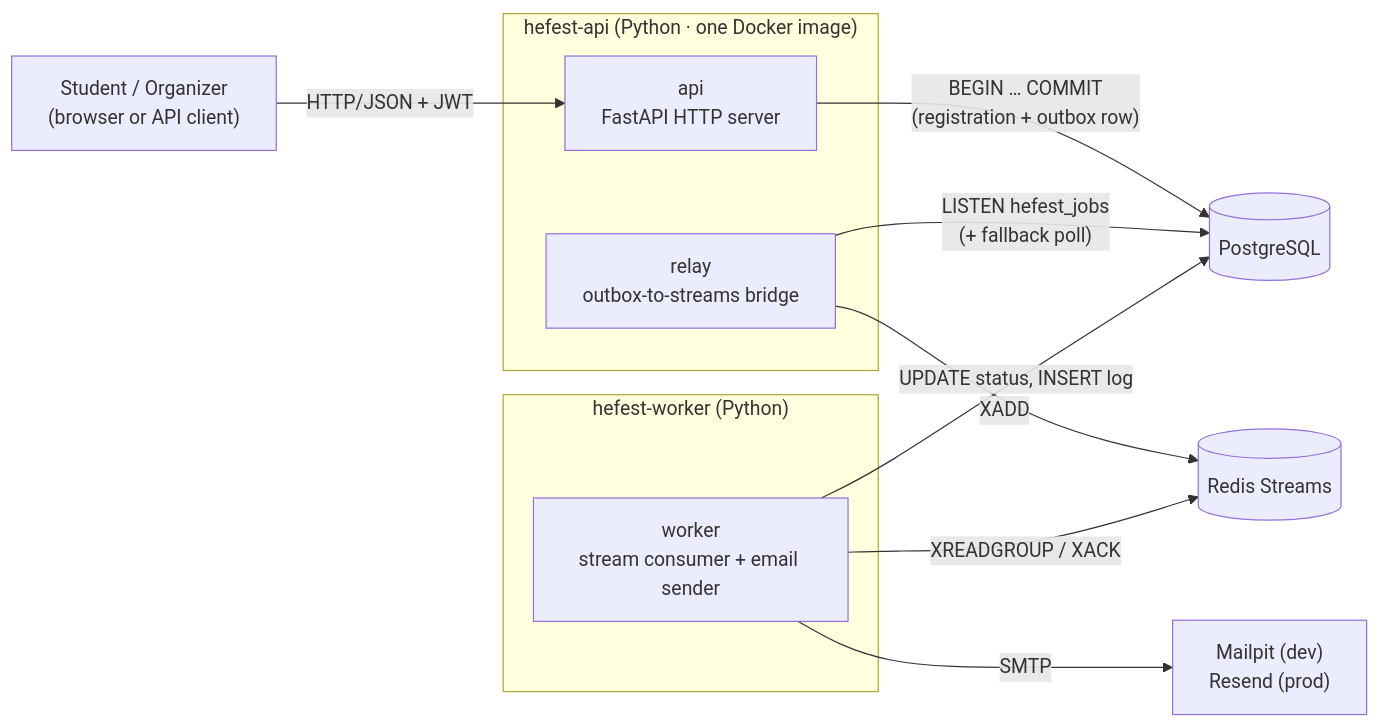
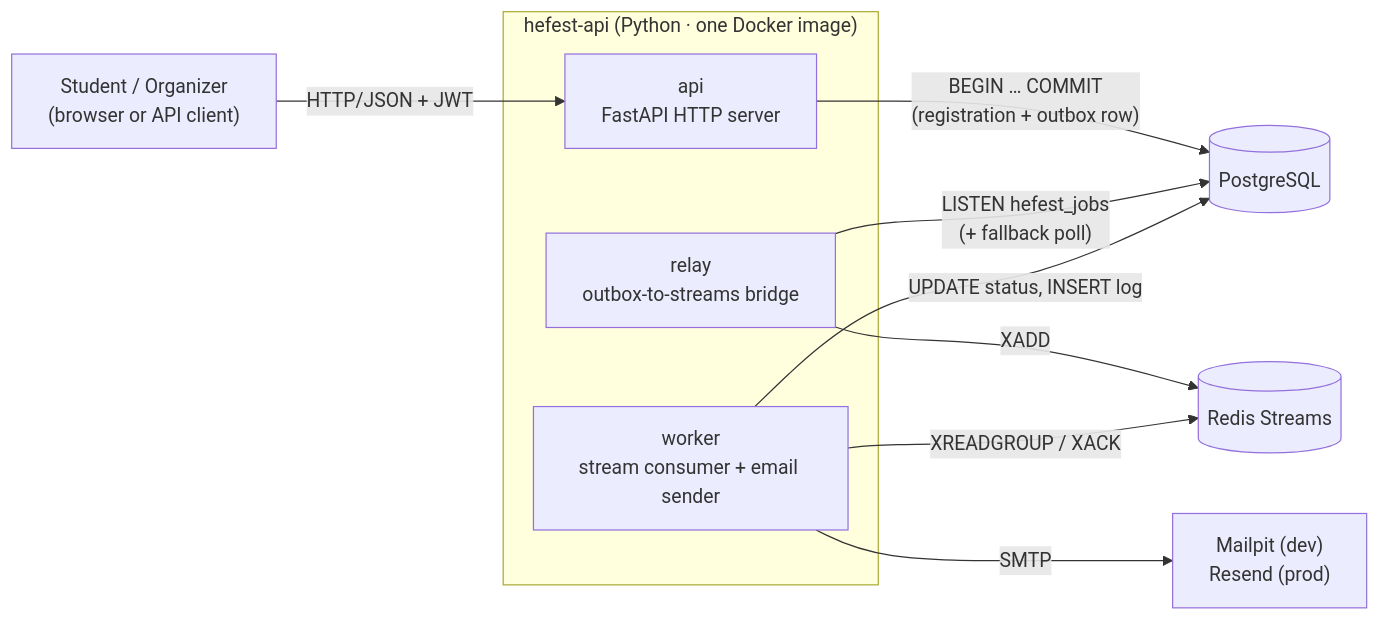
One commit to hefest2026/hefest-docs changed the diagram in docs/architecture/index.md. Above: the diagram before and after it, drawn with Mermaid. The commit also changed other lines of this file and 1 other file, not shown here.

Commit message:
docs: retire hefest-worker repo concept from architecture (HEF-16)

````diff
--- a/docs/architecture/index.md
+++ b/docs/architecture/index.md
@@ -24,21 +24,18 @@
 ```mermaid
 flowchart LR
     Client["Student / Organizer\n(browser or API client)"]
 
     subgraph api_repo["hefest-api  (Python · one Docker image)"]
         API["api\nFastAPI HTTP server"]
         Relay["relay\noutbox-to-streams bridge"]
-    end
-
-    subgraph worker_repo["hefest-worker  (Python)"]
         Worker["worker\nstream consumer + email sender"]
     end
 
     Client -->|"HTTP/JSON + JWT"| API
     API -->|"BEGIN … COMMIT\n(registration + outbox row)"| PG[("PostgreSQL")]
     Relay -->|"LISTEN hefest_jobs\n(+ fallback poll)"| PG
     Relay -->|"XADD"| Redis[("Redis Streams")]
     Worker -->|"XREADGROUP / XACK"| Redis
     Worker -->|"UPDATE status, INSERT log"| PG
     Worker -->|"SMTP"| Mail["Mailpit (dev)\nResend (prod)"]
 ```
````
